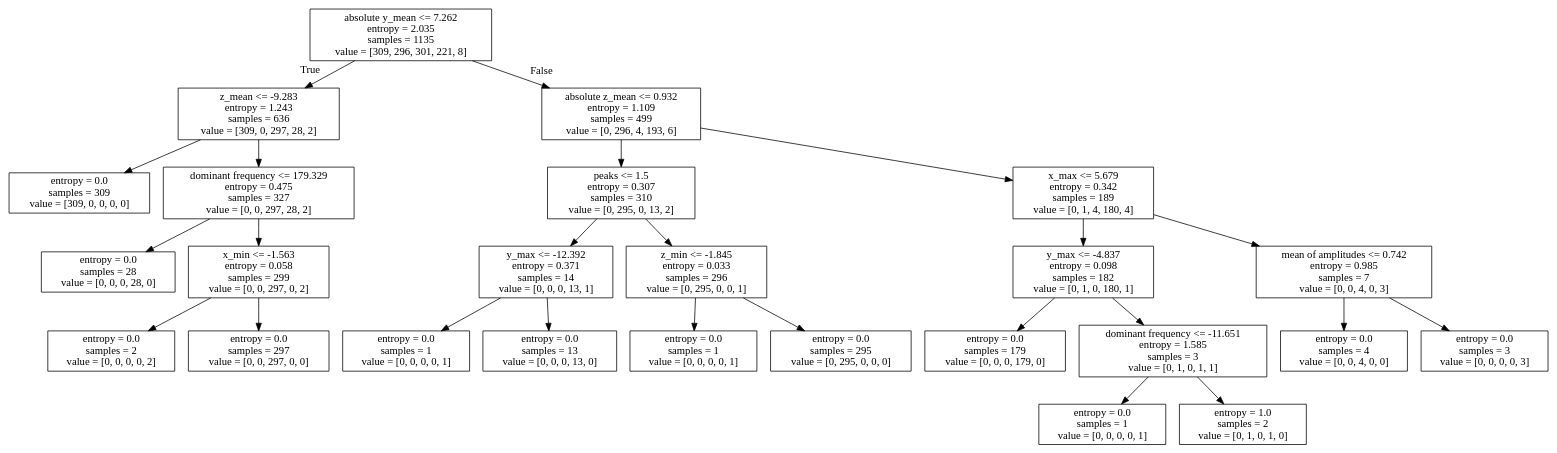
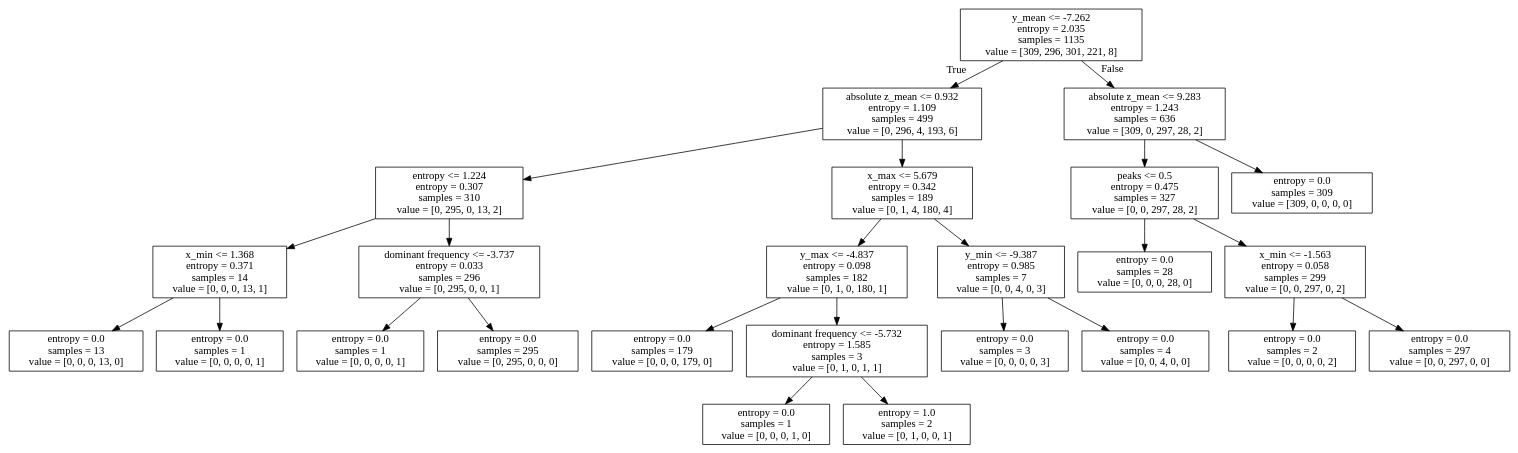
One commit to mwu-dev/CS328-Fall-Detection changed the diagram in dots/tree_5.dot. Above: the diagram before and after it, drawn with Graphviz. The commit also changed 15 other files, not shown here.

```diff
--- a/dots/tree_5.dot
+++ b/dots/tree_5.dot
@@ -1,52 +1,52 @@
 digraph Tree {
 node [shape=box] ;
-0 [label="absolute y_mean <= 7.262\nentropy = 2.035\nsamples = 1135\nvalue = [309, 296, 301, 221, 8]"] ;
-1 [label="z_mean <= -9.283\nentropy = 1.243\nsamples = 636\nvalue = [309, 0, 297, 28, 2]"] ;
+0 [label="y_mean <= -7.262\nentropy = 2.035\nsamples = 1135\nvalue = [309, 296, 301, 221, 8]"] ;
+1 [label="absolute z_mean <= 0.932\nentropy = 1.109\nsamples = 499\nvalue = [0, 296, 4, 193, 6]"] ;
 0 -> 1 [labeldistance=2.5, labelangle=45, headlabel="True"] ;
-2 [label="entropy = 0.0\nsamples = 309\nvalue = [309, 0, 0, 0, 0]"] ;
+2 [label="entropy <= 1.224\nentropy = 0.307\nsamples = 310\nvalue = [0, 295, 0, 13, 2]"] ;
 1 -> 2 ;
-3 [label="dominant frequency <= 179.329\nentropy = 0.475\nsamples = 327\nvalue = [0, 0, 297, 28, 2]"] ;
-1 -> 3 ;
-4 [label="entropy = 0.0\nsamples = 28\nvalue = [0, 0, 0, 28, 0]"] ;
+3 [label="x_min <= 1.368\nentropy = 0.371\nsamples = 14\nvalue = [0, 0, 0, 13, 1]"] ;
+2 -> 3 ;
+4 [label="entropy = 0.0\nsamples = 13\nvalue = [0, 0, 0, 13, 0]"] ;
 3 -> 4 ;
-5 [label="x_min <= -1.563\nentropy = 0.058\nsamples = 299\nvalue = [0, 0, 297, 0, 2]"] ;
+5 [label="entropy = 0.0\nsamples = 1\nvalue = [0, 0, 0, 0, 1]"] ;
 3 -> 5 ;
-6 [label="entropy = 0.0\nsamples = 2\nvalue = [0, 0, 0, 0, 2]"] ;
-5 -> 6 ;
-7 [label="entropy = 0.0\nsamples = 297\nvalue = [0, 0, 297, 0, 0]"] ;
-5 -> 7 ;
-8 [label="absolute z_mean <= 0.932\nentropy = 1.109\nsamples = 499\nvalue = [0, 296, 4, 193, 6]"] ;
-0 -> 8 [labeldistance=2.5, labelangle=-45, headlabel="False"] ;
-9 [label="peaks <= 1.5\nentropy = 0.307\nsamples = 310\nvalue = [0, 295, 0, 13, 2]"] ;
-8 -> 9 ;
-10 [label="y_max <= -12.392\nentropy = 0.371\nsamples = 14\nvalue = [0, 0, 0, 13, 1]"] ;
+6 [label="dominant frequency <= -3.737\nentropy = 0.033\nsamples = 296\nvalue = [0, 295, 0, 0, 1]"] ;
+2 -> 6 ;
+7 [label="entropy = 0.0\nsamples = 1\nvalue = [0, 0, 0, 0, 1]"] ;
+6 -> 7 ;
+8 [label="entropy = 0.0\nsamples = 295\nvalue = [0, 295, 0, 0, 0]"] ;
+6 -> 8 ;
+9 [label="x_max <= 5.679\nentropy = 0.342\nsamples = 189\nvalue = [0, 1, 4, 180, 4]"] ;
+1 -> 9 ;
+10 [label="y_max <= -4.837\nentropy = 0.098\nsamples = 182\nvalue = [0, 1, 0, 180, 1]"] ;
 9 -> 10 ;
-11 [label="entropy = 0.0\nsamples = 1\nvalue = [0, 0, 0, 0, 1]"] ;
+11 [label="entropy = 0.0\nsamples = 179\nvalue = [0, 0, 0, 179, 0]"] ;
 10 -> 11 ;
-12 [label="entropy = 0.0\nsamples = 13\nvalue = [0, 0, 0, 13, 0]"] ;
+12 [label="dominant frequency <= -5.732\nentropy = 1.585\nsamples = 3\nvalue = [0, 1, 0, 1, 1]"] ;
 10 -> 12 ;
-13 [label="z_min <= -1.845\nentropy = 0.033\nsamples = 296\nvalue = [0, 295, 0, 0, 1]"] ;
-9 -> 13 ;
-14 [label="entropy = 0.0\nsamples = 1\nvalue = [0, 0, 0, 0, 1]"] ;
-13 -> 14 ;
-15 [label="entropy = 0.0\nsamples = 295\nvalue = [0, 295, 0, 0, 0]"] ;
-13 -> 15 ;
-16 [label="x_max <= 5.679\nentropy = 0.342\nsamples = 189\nvalue = [0, 1, 4, 180, 4]"] ;
-8 -> 16 ;
-17 [label="y_max <= -4.837\nentropy = 0.098\nsamples = 182\nvalue = [0, 1, 0, 180, 1]"] ;
-16 -> 17 ;
-18 [label="entropy = 0.0\nsamples = 179\nvalue = [0, 0, 0, 179, 0]"] ;
-17 -> 18 ;
-19 [label="dominant frequency <= -11.651\nentropy = 1.585\nsamples = 3\nvalue = [0, 1, 0, 1, 1]"] ;
-17 -> 19 ;
-20 [label="entropy = 0.0\nsamples = 1\nvalue = [0, 0, 0, 0, 1]"] ;
+13 [label="entropy = 0.0\nsamples = 1\nvalue = [0, 0, 0, 1, 0]"] ;
+12 -> 13 ;
+14 [label="entropy = 1.0\nsamples = 2\nvalue = [0, 1, 0, 0, 1]"] ;
+12 -> 14 ;
+15 [label="y_min <= -9.387\nentropy = 0.985\nsamples = 7\nvalue = [0, 0, 4, 0, 3]"] ;
+9 -> 15 ;
+16 [label="entropy = 0.0\nsamples = 3\nvalue = [0, 0, 0, 0, 3]"] ;
+15 -> 16 ;
+17 [label="entropy = 0.0\nsamples = 4\nvalue = [0, 0, 4, 0, 0]"] ;
+15 -> 17 ;
+18 [label="absolute z_mean <= 9.283\nentropy = 1.243\nsamples = 636\nvalue = [309, 0, 297, 28, 2]"] ;
+0 -> 18 [labeldistance=2.5, labelangle=-45, headlabel="False"] ;
+19 [label="peaks <= 0.5\nentropy = 0.475\nsamples = 327\nvalue = [0, 0, 297, 28, 2]"] ;
+18 -> 19 ;
+20 [label="entropy = 0.0\nsamples = 28\nvalue = [0, 0, 0, 28, 0]"] ;
 19 -> 20 ;
-21 [label="entropy = 1.0\nsamples = 2\nvalue = [0, 1, 0, 1, 0]"] ;
+21 [label="x_min <= -1.563\nentropy = 0.058\nsamples = 299\nvalue = [0, 0, 297, 0, 2]"] ;
 19 -> 21 ;
-22 [label="mean of amplitudes <= 0.742\nentropy = 0.985\nsamples = 7\nvalue = [0, 0, 4, 0, 3]"] ;
-16 -> 22 ;
-23 [label="entropy = 0.0\nsamples = 4\nvalue = [0, 0, 4, 0, 0]"] ;
-22 -> 23 ;
-24 [label="entropy = 0.0\nsamples = 3\nvalue = [0, 0, 0, 0, 3]"] ;
-22 -> 24 ;
+22 [label="entropy = 0.0\nsamples = 2\nvalue = [0, 0, 0, 0, 2]"] ;
+21 -> 22 ;
+23 [label="entropy = 0.0\nsamples = 297\nvalue = [0, 0, 297, 0, 0]"] ;
+21 -> 23 ;
+24 [label="entropy = 0.0\nsamples = 309\nvalue = [309, 0, 0, 0, 0]"] ;
+18 -> 24 ;
 }
```
